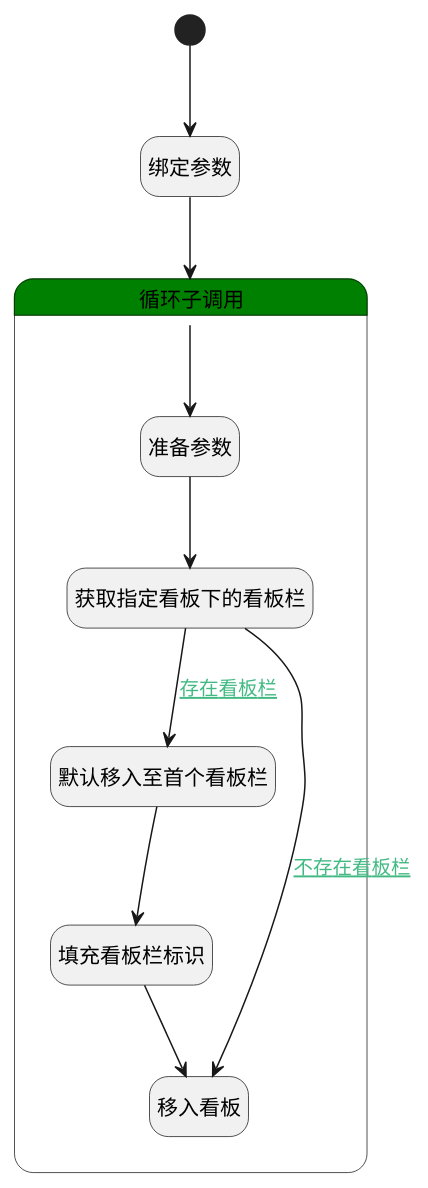
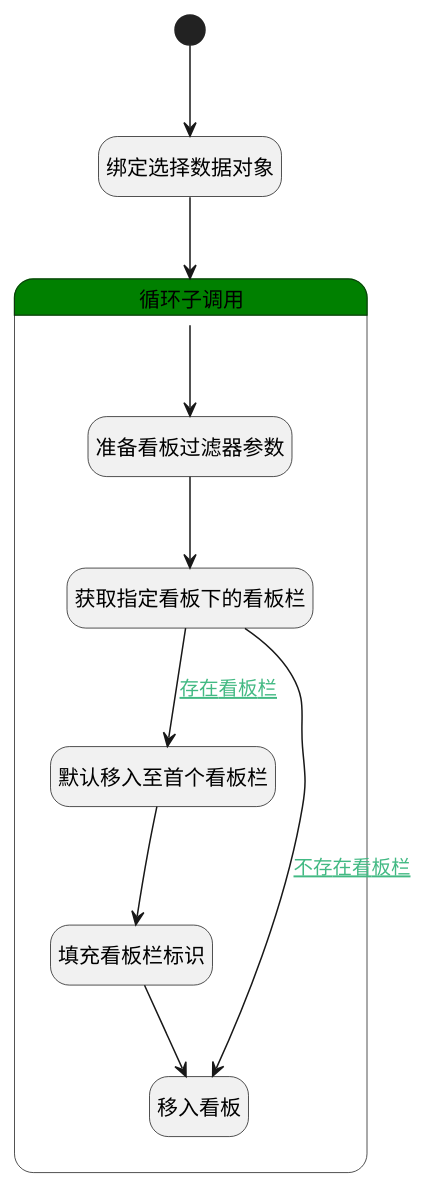
One commit to iBizLab/plm changed the diagram in doc/docsify/module/ProjMgmt/work_item/logic/shift_in_kanban.md. Above: the diagram before and after it, drawn with PlantUML. The commit also changed other lines of this file and 1778 other files, not shown here.

````diff
--- a/doc/docsify/module/ProjMgmt/work_item/logic/shift_in_kanban.md
+++ b/doc/docsify/module/ProjMgmt/work_item/logic/shift_in_kanban.md
@@ -7,33 +7,33 @@
 ```plantuml
 @startuml
 hide empty description
 <style>
 root {
   HyperlinkColor #42b983
 }
 </style>
 
 hide empty description
 state "开始" as Begin <<start>> [[$./shift_in_kanban#begin {"开始"}]]
-state "绑定参数" as BINDPARAM1  [[$./shift_in_kanban#bindparam1 {"绑定参数"}]]
+state "绑定选择数据对象" as BINDPARAM1  [[$./shift_in_kanban#bindparam1 {"绑定选择数据对象"}]]
 state "循环子调用" as LOOPSUBCALL1  [[$./shift_in_kanban#loopsubcall1 {"循环子调用"}]] #green {
-state "准备参数" as PREPAREPARAM2  [[$./shift_in_kanban#prepareparam2 {"准备参数"}]]
+state "准备看板过滤器参数" as PREPAREPARAM2  [[$./shift_in_kanban#prepareparam2 {"准备看板过滤器参数"}]]
 state "获取指定看板下的看板栏" as DEDATASET1  [[$./shift_in_kanban#dedataset1 {"获取指定看板下的看板栏"}]]
 state "默认移入至首个看板栏" as BINDPARAM2  [[$./shift_in_kanban#bindparam2 {"默认移入至首个看板栏"}]]
 state "填充看板栏标识" as PREPAREPARAM3  [[$./shift_in_kanban#prepareparam3 {"填充看板栏标识"}]]
 state "移入看板" as DEACTION1  [[$./shift_in_kanban#deaction1 {"移入看板"}]]
 }
 
 
 Begin --> BINDPARAM1
 BINDPARAM1 --> LOOPSUBCALL1
 LOOPSUBCALL1 --> PREPAREPARAM2
 PREPAREPARAM2 --> DEDATASET1
 DEDATASET1 --> BINDPARAM2 : [[$./shift_in_kanban#dedataset1-bindparam2{存在看板栏} 存在看板栏]]
 BINDPARAM2 --> PREPAREPARAM3
 PREPAREPARAM3 --> DEACTION1
 DEDATASET1 --> DEACTION1 : [[$./shift_in_kanban#dedataset1-deaction1{不存在看板栏} 不存在看板栏]]
 
 
 @enduml
 ```
````
